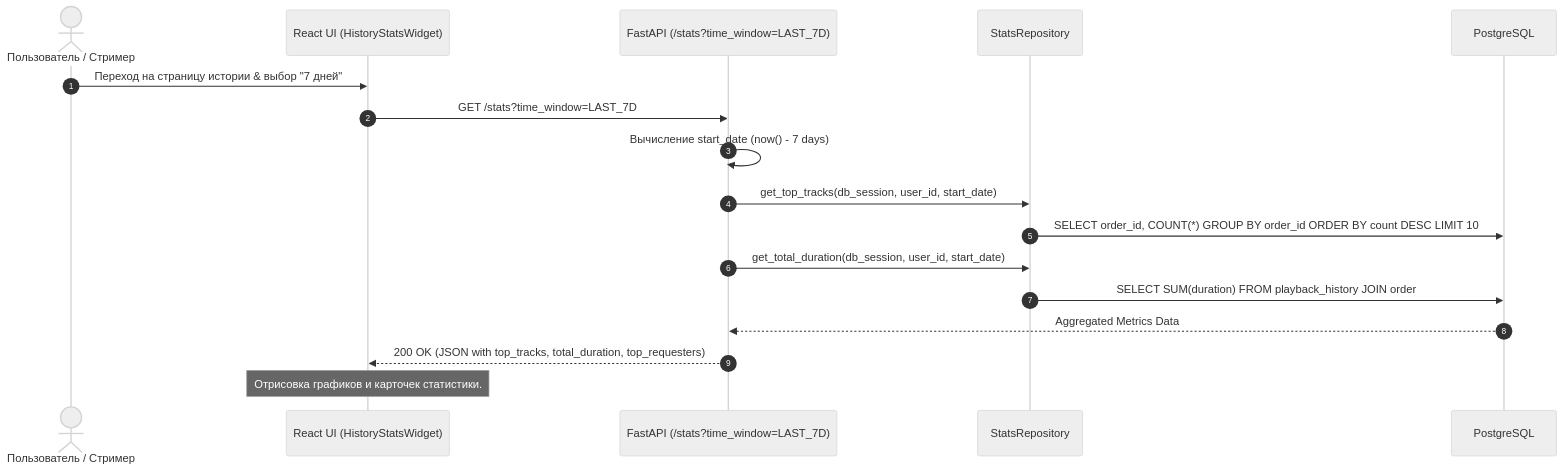
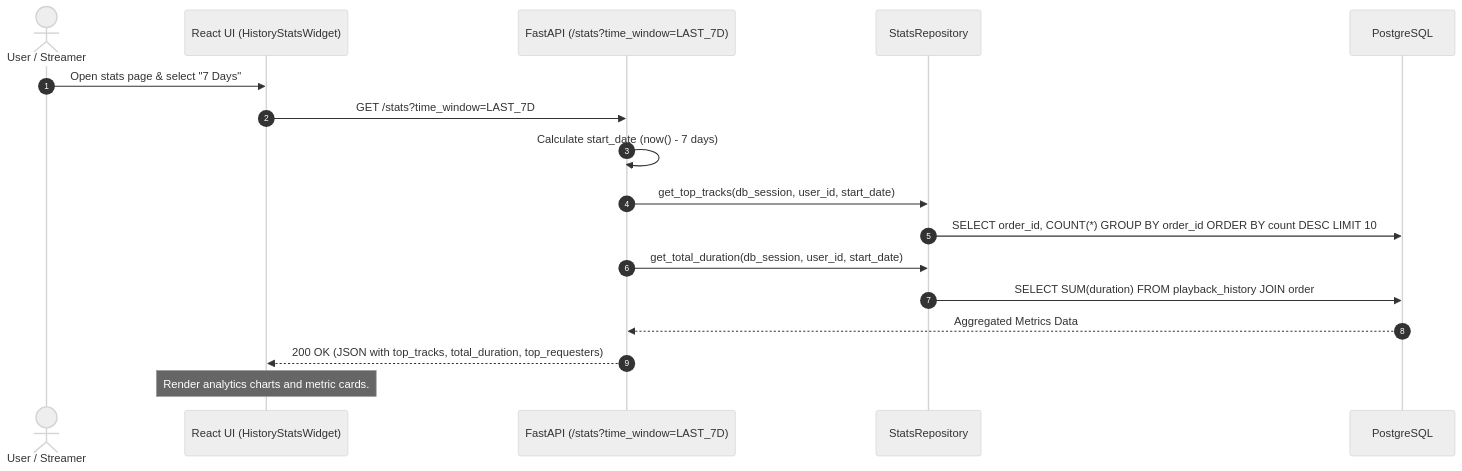
One commit to DustGalaxy/openplaylist-mono changed the third of 4 diagrams in docs/core/history_stats.md. Above: the diagram before and after it, drawn with Mermaid (neutral theme). The commit also changed other lines of this file and 21 other files, not shown here.

Commit message:
docs: translate technical architecture and component guides to English

````diff
--- a/docs/core/history_stats.md
+++ b/docs/core/history_stats.md
@@ -106,23 +106,23 @@
 ```mermaid
 sequenceDiagram
     autonumber
-    actor User as Пользователь / Стример
+    actor User as User / Streamer
     participant UI as React UI (HistoryStatsWidget)
     participant API as FastAPI (/stats?time_window=LAST_7D)
     participant StatsRepo as StatsRepository
     participant DB as PostgreSQL
 
-    User->>UI: Переход на страницу истории & выбор "7 дней"
+    User->>UI: Open stats page & select "7 Days"
     UI->>API: GET /stats?time_window=LAST_7D
-    API->>API: Вычисление start_date (now() - 7 days)
+    API->>API: Calculate start_date (now() - 7 days)
     
     API->>StatsRepo: get_top_tracks(db_session, user_id, start_date)
     StatsRepo->>DB: SELECT order_id, COUNT(*) GROUP BY order_id ORDER BY count DESC LIMIT 10
     
     API->>StatsRepo: get_total_duration(db_session, user_id, start_date)
     StatsRepo->>DB: SELECT SUM(duration) FROM playback_history JOIN order
     
     DB-->>API: Aggregated Metrics Data
     API-->>UI: 200 OK (JSON with top_tracks, total_duration, top_requesters)
-    Note over UI: Отрисовка графиков и карточек статистики.
+    Note over UI: Render analytics charts and metric cards.
 ```
````
